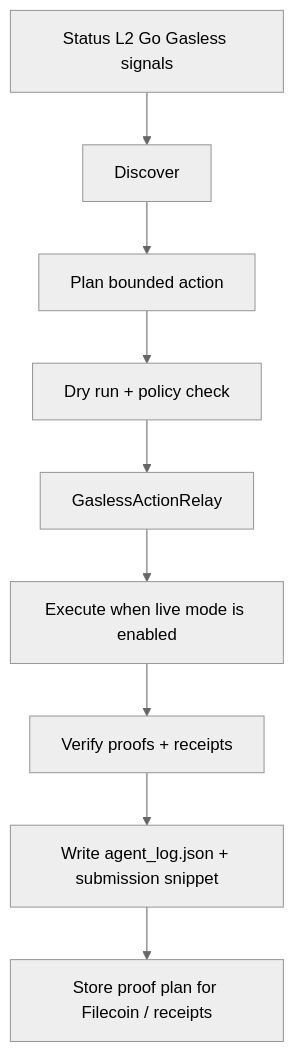
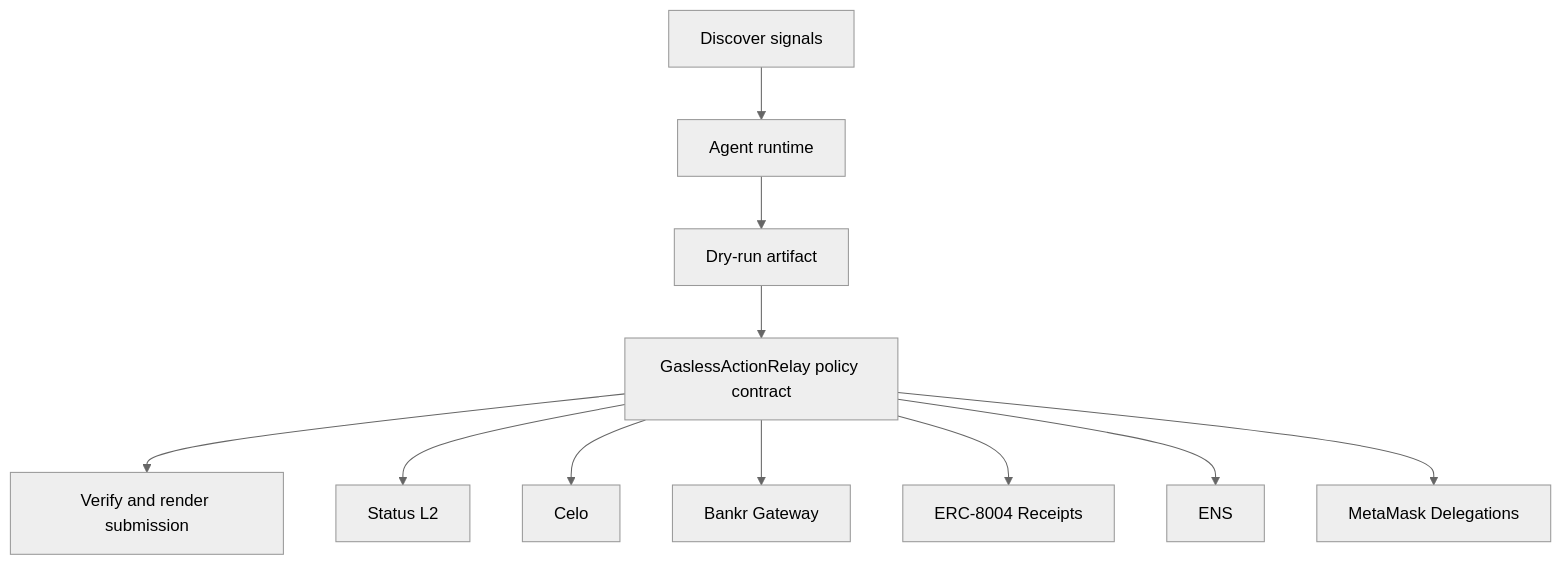
One commit to CrystallineButterfly/Synthesis-StatusL2 changed the diagram in docs/architecture.mmd. Above: the diagram before and after it, drawn with Mermaid (neutral theme). The commit also changed 998 other files, not shown here.

Commit message:
Implement bounded agent runtime

```diff
--- a/docs/architecture.mmd
+++ b/docs/architecture.mmd
@@ -1,9 +1,13 @@
 flowchart TD
-    Signals[Status L2 Go Gasless signals] --> Discover[Discover]
-    Discover --> Plan[Plan bounded action]
-    Plan --> DryRun[Dry run + policy check]
-    DryRun --> Guard[GaslessActionRelay]
-    Guard --> Execute[Execute when live mode is enabled]
-    Execute --> Verify[Verify proofs + receipts]
-    Verify --> Persist[Write agent_log.json + submission snippet]
-    Persist --> Storage[Store proof plan for Filecoin / receipts]
+    Signals[Discover signals]
+    Planner[Agent runtime]
+    DryRun[Dry-run artifact]
+    Contract[GaslessActionRelay policy contract]
+    Verify[Verify and render submission]
+    Signals --> Planner --> DryRun --> Contract --> Verify
+    Contract --> status_l2[Status L2]
+    Contract --> celo[Celo]
+    Contract --> bankr_gateway[Bankr Gateway]
+    Contract --> erc_8004_receipts[ERC-8004 Receipts]
+    Contract --> ens[ENS]
+    Contract --> metamask_delegations[MetaMask Delegations]
```
